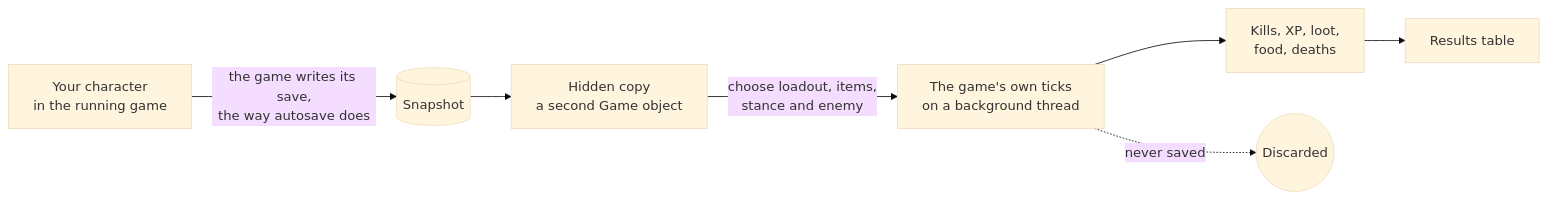
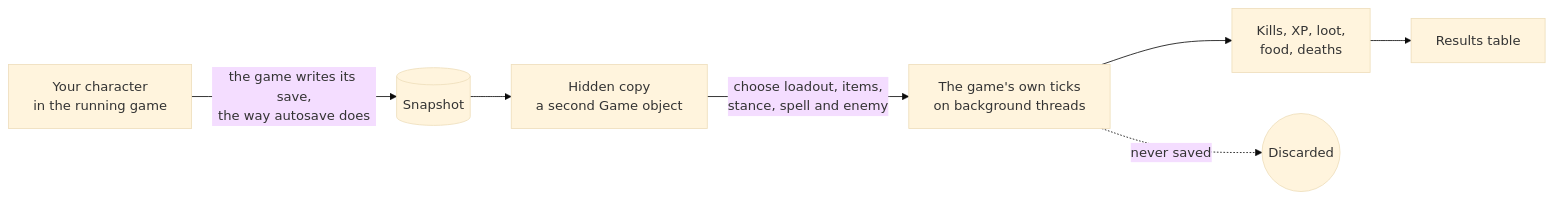
The diagram in mods/CombatSim/README.md (149segolte/melvor-idle-2-qol-mods), drawn with Mermaid (base theme) before and after one commit. The commit also changed other lines of this file and 68 other files, not shown here.

````diff
--- a/mods/CombatSim/README.md
+++ b/mods/CombatSim/README.md
@@ -82,9 +175,9 @@
 ```mermaid
 flowchart LR
     A["Your character<br/>in the running game"] -->|"the game writes its save,<br/>the way autosave does"| B[("Snapshot")]
     B --> C["Hidden copy<br/>a second Game object"]
-    C -->|"choose loadout, items,<br/>stance and enemy"| D["The game's own ticks<br/>on a background thread"]
+    C -->|"choose loadout, items,<br/>stance, spell and enemy"| D["The game's own ticks<br/>on background threads"]
     D --> E["Kills, XP, loot,<br/>food, deaths"]
     E --> F["Results table"]
     D -.->|"never saved"| G(("Discarded"))
 ```
````
